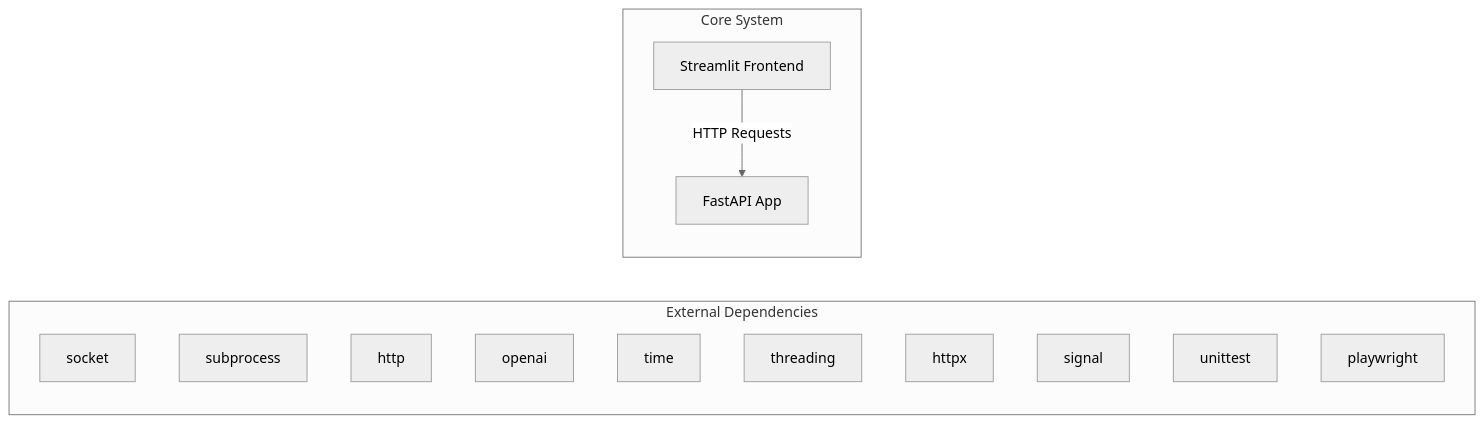
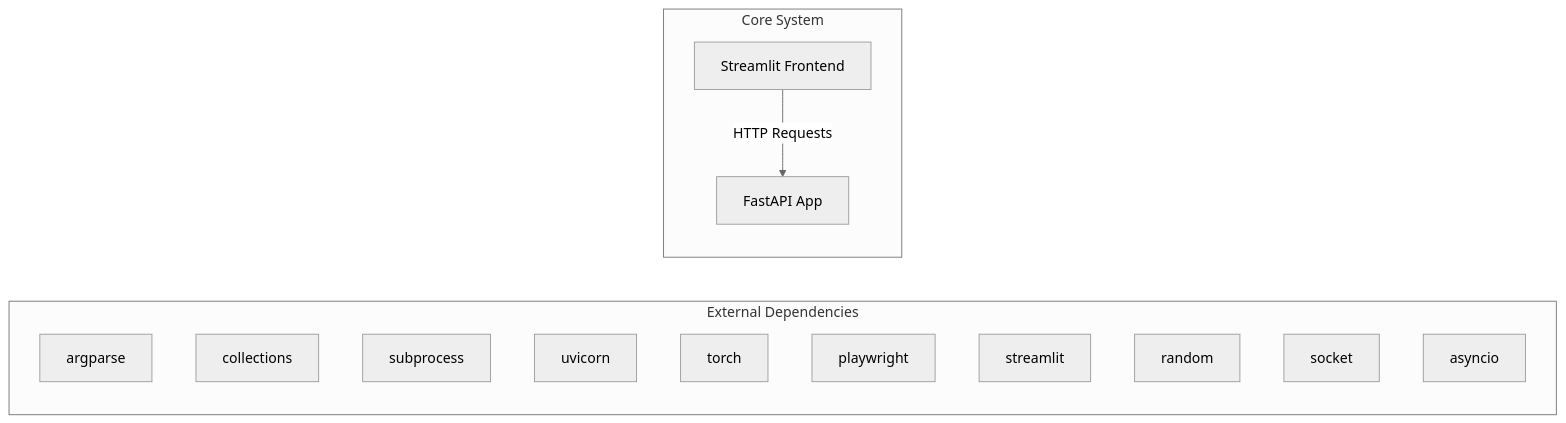
The first of 2 diagrams in docs/architecture.md (NITISH-R-G/rag-context-optimizer), drawn with Mermaid (neutral theme) before and after one commit. The commit also changed 1 other file, not shown here.

Commit message:
docs: auto-update repository knowledge, architecture diagrams, and documentation

````diff
--- a/docs/architecture.md
+++ b/docs/architecture.md
@@ -7,20 +7,20 @@
 ```mermaid
 graph LR
     subgraph External Dependencies
-        E0["socket"]
-        E1["subprocess"]
-        E2["http"]
-        E3["openai"]
-        E4["time"]
-        E5["threading"]
-        E6["httpx"]
-        E7["signal"]
-        E8["unittest"]
-        E9["playwright"]
+        E0["argparse"]
+        E1["collections"]
+        E2["subprocess"]
+        E3["uvicorn"]
+        E4["torch"]
+        E5["playwright"]
+        E6["streamlit"]
+        E7["random"]
+        E8["socket"]
+        E9["asyncio"]
     end
     subgraph Core System
         API["FastAPI App"]
         UI["Streamlit Frontend"]
     end
     UI -->|HTTP Requests| API
 ```
````
